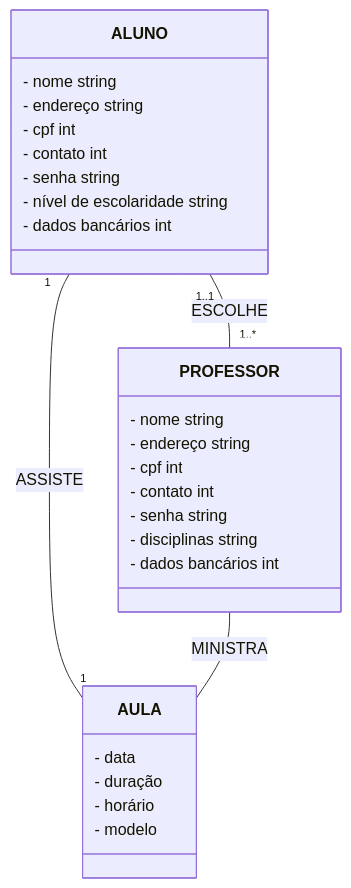
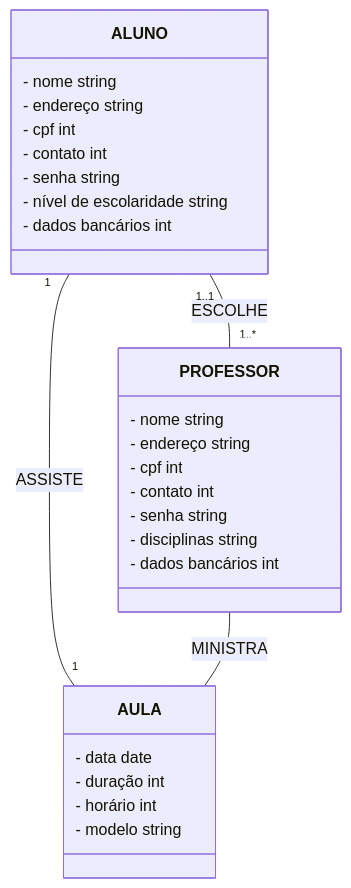
One commit to iagorosa28/eng_software changed the diagram in README.md. Above: the diagram before and after it, drawn with Mermaid. The commit also changed other lines of this file, not shown here.

````diff
--- a/README.md
+++ b/README.md
@@ -312,32 +316,31 @@
 ```mermaid
 classDiagram
 
   ALUNO "1..1" -- "1..*" PROFESSOR : ESCOLHE
   ALUNO "1" -- "1" AULA : ASSISTE
   PROFESSOR "" -- "" AULA : MINISTRA
 
   class ALUNO
   ALUNO : - nome string
   ALUNO : - endereço string
   ALUNO : - cpf int
   ALUNO : - contato int
   ALUNO : - senha string
   ALUNO : - nível de escolaridade string
   ALUNO : - dados bancários int
 
   class PROFESSOR
   PROFESSOR : - nome string
   PROFESSOR : - endereço string
   PROFESSOR : - cpf int
   PROFESSOR : - contato int
   PROFESSOR : - senha string
   PROFESSOR : - disciplinas string
   PROFESSOR : - dados bancários int
 
   class AULA
-  AULA : - data
-  AULA : - duração
-  AULA : - horário
-  AULA : - modelo
-
+  AULA : - data date
+  AULA : - duração int
+  AULA : - horário int
+  AULA : - modelo string
 ```
````
